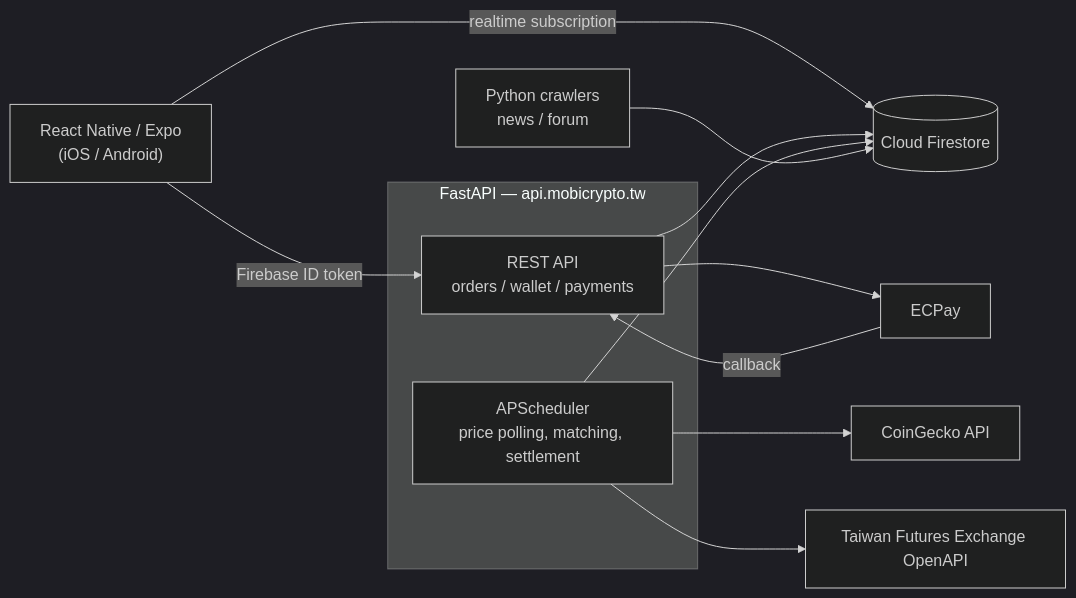
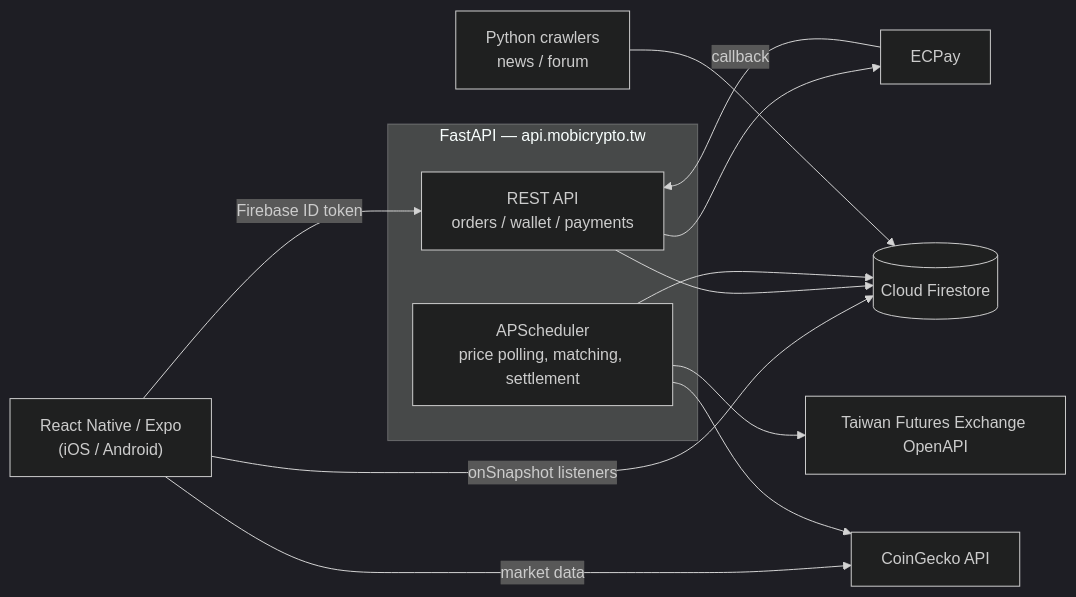
The diagram in README.en.md (ray23883588/mobi-crypto-simulator), drawn with Mermaid (dark theme) before and after one commit. The commit also changed other lines of this file and 2 other files, not shown here.

First line of the commit message:
Correct data-flow description in README

````diff
--- a/README.en.md
+++ b/README.en.md
@@ -57,25 +57,26 @@
 ```mermaid
 flowchart LR
     RN["React Native / Expo<br/>(iOS / Android)"]
 
     subgraph Backend["FastAPI — api.mobicrypto.tw"]
         API["REST API<br/>orders / wallet / payments"]
         SCH["APScheduler<br/>price polling, matching, settlement"]
     end
 
     FS[("Cloud Firestore")]
     CR["Python crawlers<br/>news / forum"]
     CG["CoinGecko API"]
     TX["Taiwan Futures Exchange OpenAPI"]
     EC["ECPay"]
 
     RN -->|"Firebase ID token"| API
-    RN -->|"realtime subscription"| FS
+    RN -->|"onSnapshot listeners"| FS
+    RN -->|"market data"| CG
     API --> FS
     SCH --> FS
     SCH --> CG
     SCH --> TX
     API --> EC
     EC -->|"callback"| API
     CR --> FS
 ```
````
